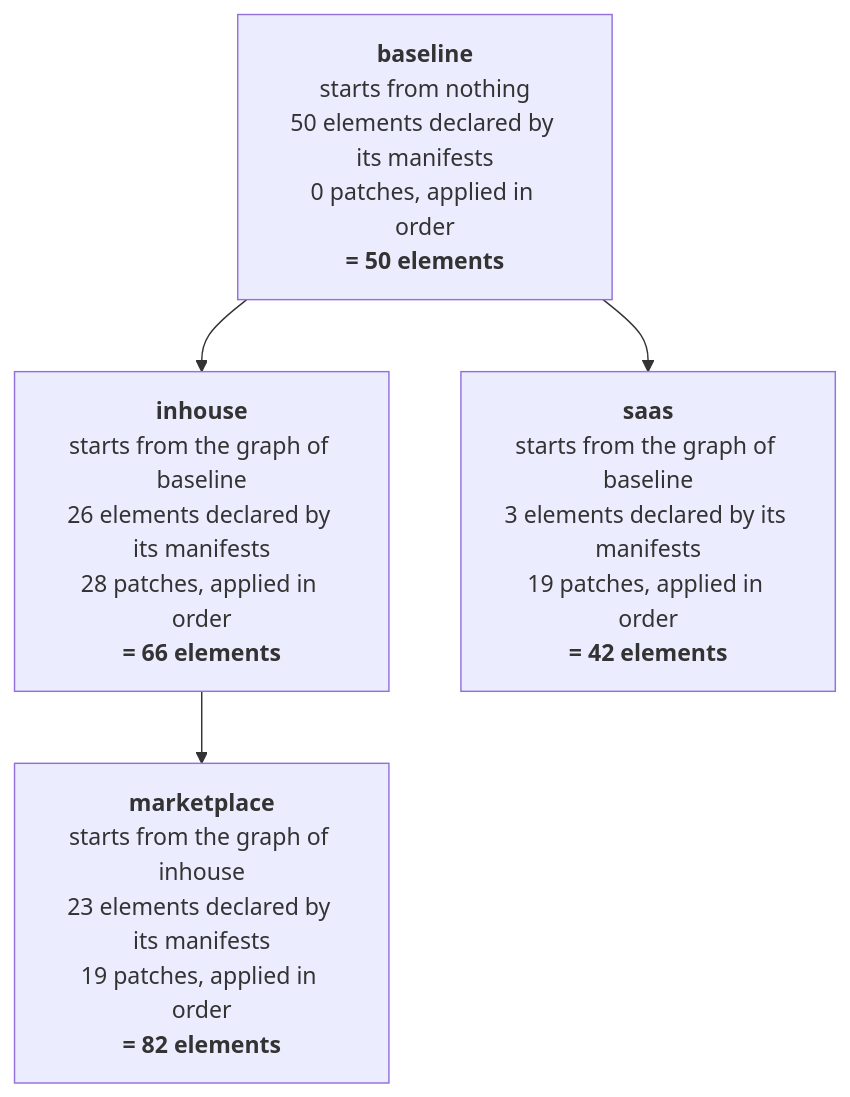
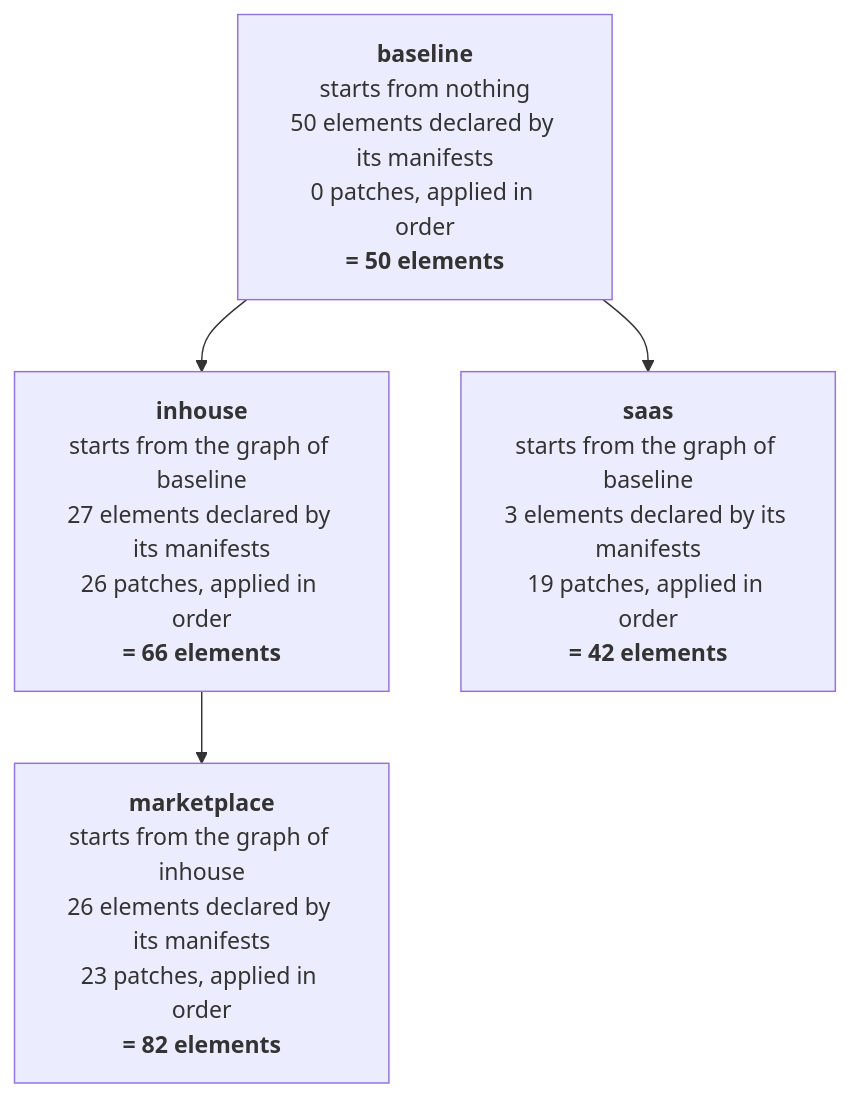
The second of 10 diagrams in docs/fixtures/brightcart-spec.md (tmorin/archicode), drawn with Mermaid before and after one commit. The commit also changed other lines of this file and 88 other files, not shown here.

````diff
--- a/docs/fixtures/brightcart-spec.md
+++ b/docs/fixtures/brightcart-spec.md
@@ -80,9 +80,9 @@
 ```mermaid
 flowchart TB
   baseline["<b>baseline</b><br/>starts from nothing<br/>50 elements declared by its manifests<br/>0 patches, applied in order<br/><b>= 50 elements</b>"]
-  inhouse["<b>inhouse</b><br/>starts from the graph of baseline<br/>26 elements declared by its manifests<br/>28 patches, applied in order<br/><b>= 66 elements</b>"]
-  marketplace["<b>marketplace</b><br/>starts from the graph of inhouse<br/>23 elements declared by its manifests<br/>19 patches, applied in order<br/><b>= 82 elements</b>"]
+  inhouse["<b>inhouse</b><br/>starts from the graph of baseline<br/>27 elements declared by its manifests<br/>26 patches, applied in order<br/><b>= 66 elements</b>"]
+  marketplace["<b>marketplace</b><br/>starts from the graph of inhouse<br/>26 elements declared by its manifests<br/>23 patches, applied in order<br/><b>= 82 elements</b>"]
   saas["<b>saas</b><br/>starts from the graph of baseline<br/>3 elements declared by its manifests<br/>19 patches, applied in order<br/><b>= 42 elements</b>"]
   baseline --> inhouse --> marketplace
   baseline --> saas
 ```
````
